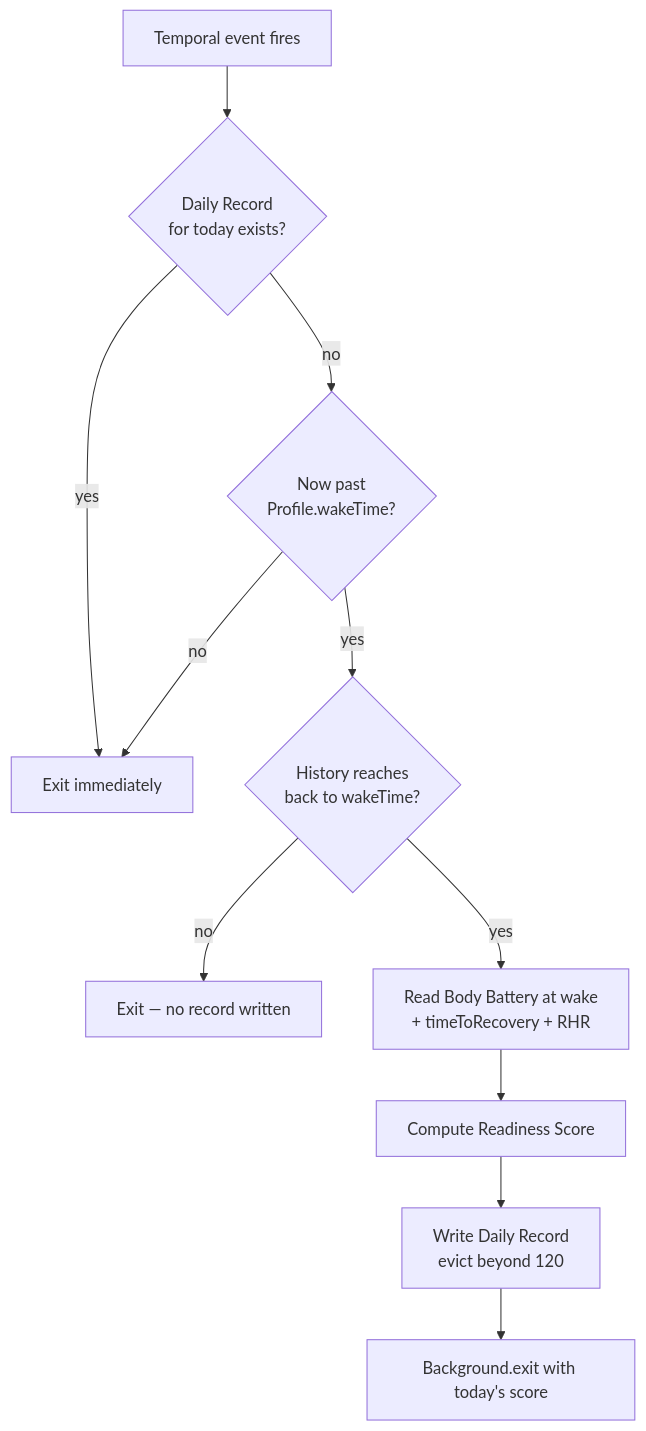
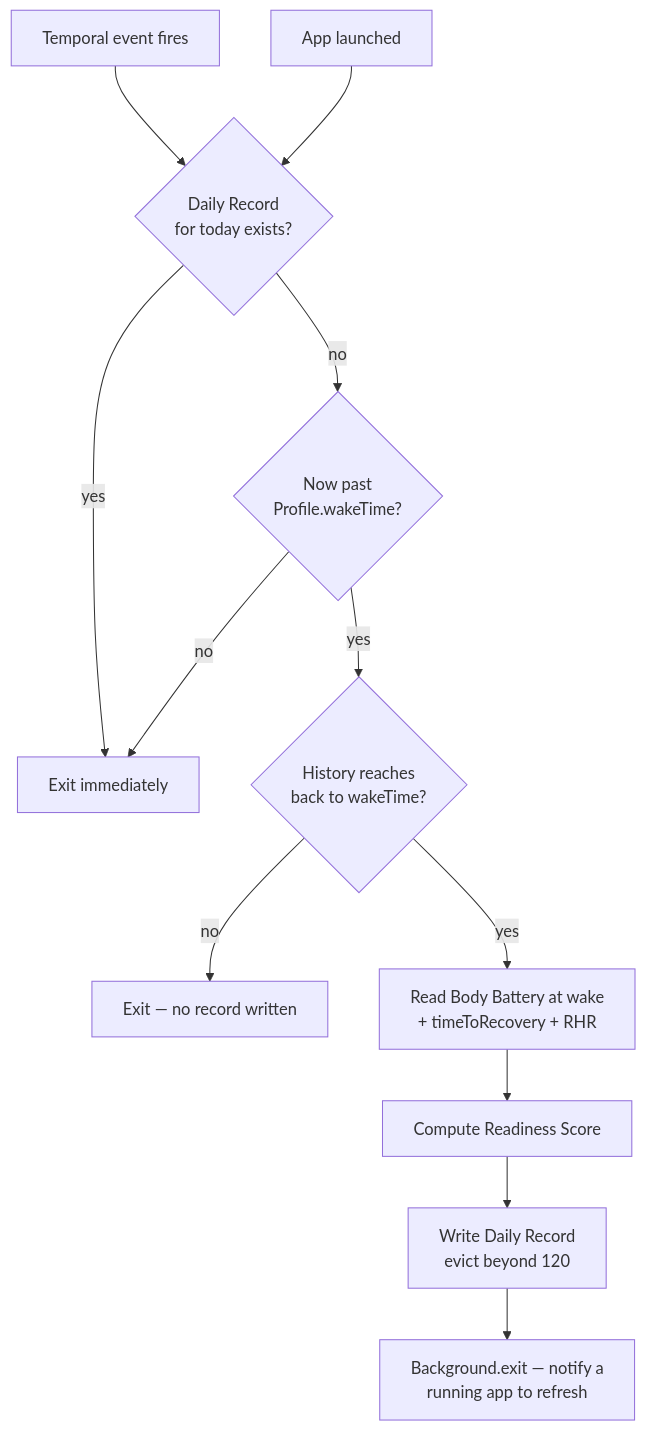
The third of 4 diagrams in docs/superpowers/specs/2026-07-26-spreadyness-design.md (ThodsaphonSonthiphin/SPReadyNess), drawn with Mermaid before and after one commit. The commit also changed other lines of this file and 4 other files, not shown here.

````diff
--- a/docs/superpowers/specs/2026-07-26-spreadyness-design.md
+++ b/docs/superpowers/specs/2026-07-26-spreadyness-design.md
@@ -105,13 +105,15 @@
 ```mermaid
 flowchart TD
-    A[Temporal event fires] --> B{Daily Record<br/>for today exists?}
+    T[Temporal event fires] --> B
+    L[App launched] --> B
+    B{Daily Record<br/>for today exists?}
     B -->|yes| X[Exit immediately]
     B -->|no| C{Now past<br/>Profile.wakeTime?}
     C -->|no| X
     C -->|yes| D{History reaches<br/>back to wakeTime?}
     D -->|no| X2[Exit — no record written]
     D -->|yes| E[Read Body Battery at wake<br/>+ timeToRecovery + RHR]
     E --> F[Compute Readiness Score]
     F --> G[Write Daily Record<br/>evict beyond 120]
-    G --> H[Background.exit with today's score]
+    G --> H[Background.exit — notify a<br/>running app to refresh]
 ```
````
